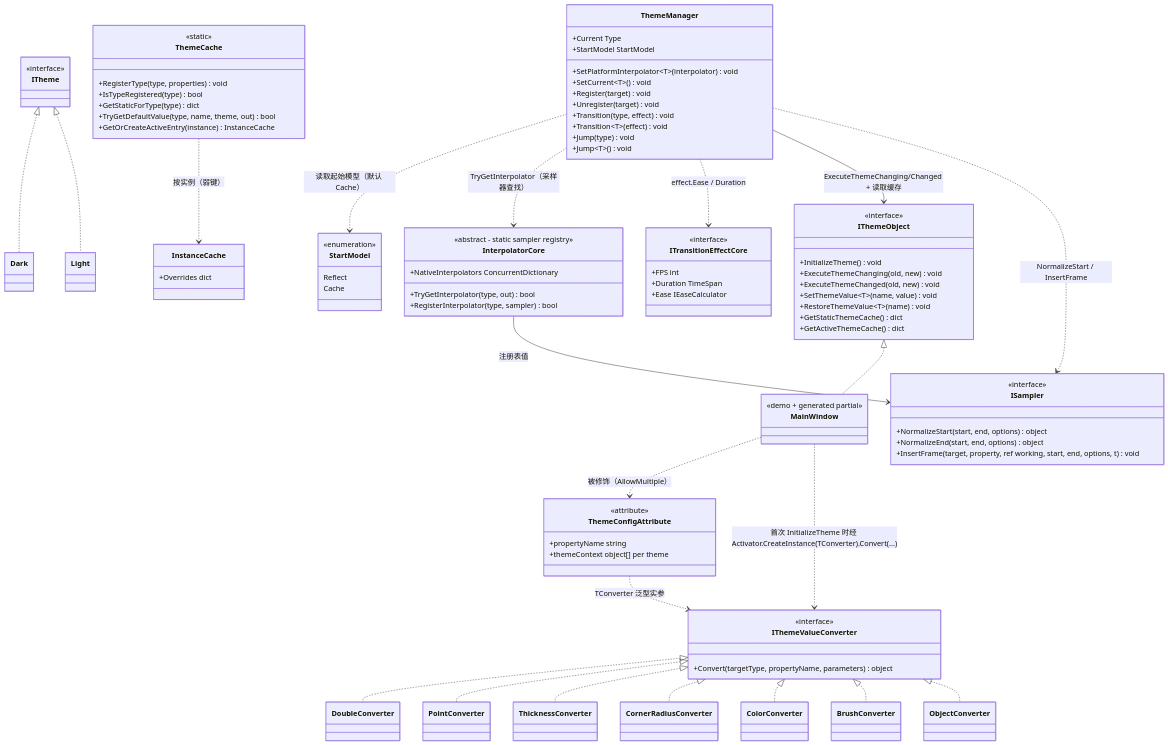
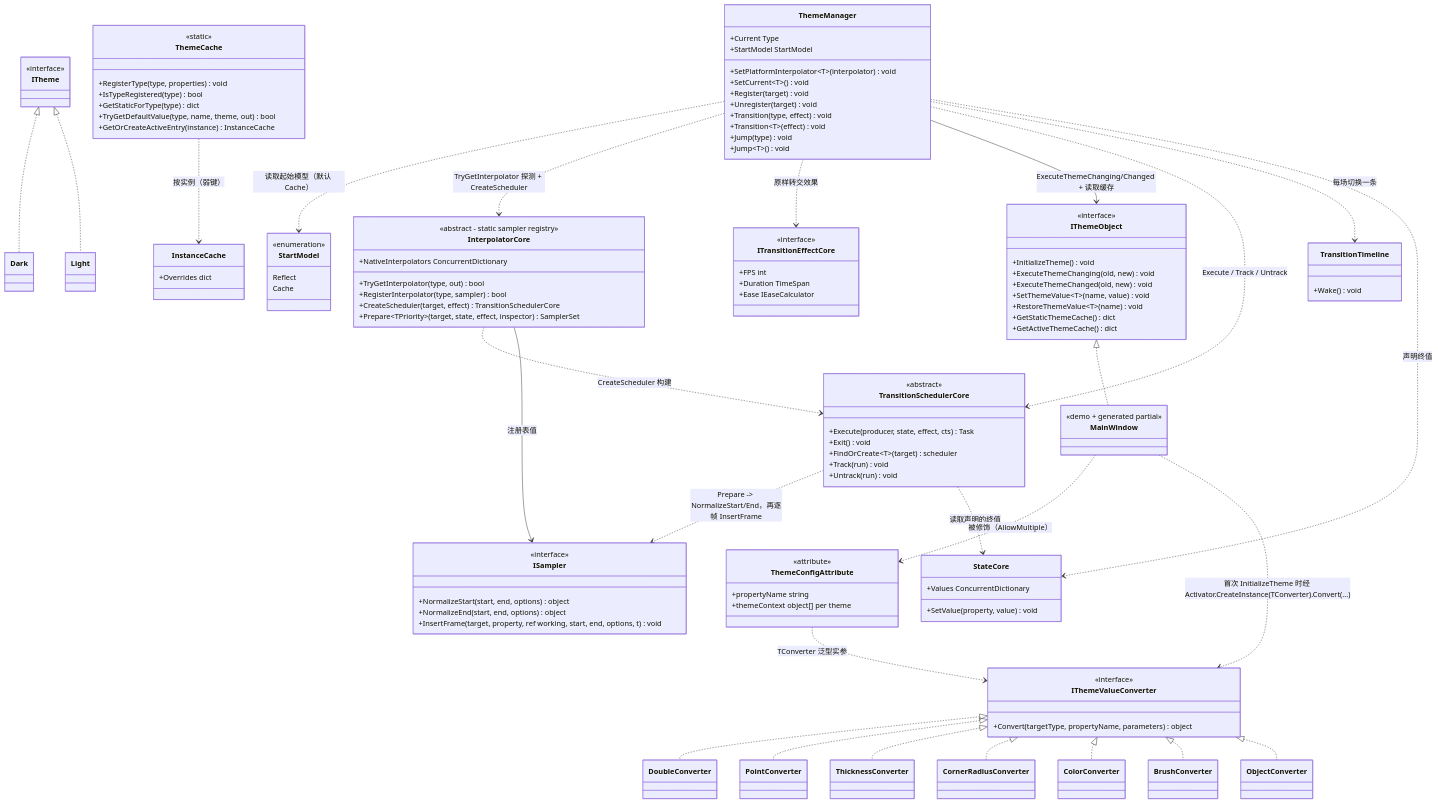
The diagram in src/CloudGlyph/Assets/Docs/content/zh/3_SE分析/02_设计模式分析/04_动态主题/index.md (Axvser/VeloxDev.Docs), drawn with Mermaid before and after one commit. The commit also changed other lines of this file and 63 other files, not shown here.

````diff
--- a/src/CloudGlyph/Assets/Docs/content/zh/3_SE分析/02_设计模式分析/04_动态主题/index.md
+++ b/src/CloudGlyph/Assets/Docs/content/zh/3_SE分析/02_设计模式分析/04_动态主题/index.md
@@ -73,6 +73,23 @@
         +NativeInterpolators ConcurrentDictionary
         +TryGetInterpolator(type, out) bool
         +RegisterInterpolator(type, sampler) bool
+        +CreateScheduler(target, effect) TransitionSchedulerCore
+        +Prepare~TPriority~(target, state, effect, inspector) SamplerSet
+    }
+    class TransitionSchedulerCore {
+        <<abstract>>
+        +Execute(producer, state, effect, cts) Task
+        +Exit() void
+        +FindOrCreate~T~(target) scheduler
+        +Track(run) void
+        +Untrack(run) void
+    }
+    class TransitionTimeline {
+        +Wake() void
+    }
+    class StateCore {
+        +Values ConcurrentDictionary
+        +SetValue(property, value) void
     }
     class ISampler {
         <<interface>>
@@ -90,9 +107,15 @@
     ITheme <|.. Dark
     ITheme <|.. Light
     ThemeManager ..> StartModel : 读取起始模型（默认 Cache）
-    ThemeManager ..> InterpolatorCore : TryGetInterpolator（采样器查找）
-    ThemeManager ..> ITransitionEffectCore : effect.Ease / Duration
+    ThemeManager ..> InterpolatorCore : TryGetInterpolator 探测 + CreateScheduler
+    ThemeManager ..> ITransitionEffectCore : 原样转交效果
     ThemeManager --> IThemeObject : ExecuteThemeChanging/Changed + 读取缓存
+    ThemeManager ..> TransitionSchedulerCore : Execute / Track / Untrack
+    ThemeManager ..> TransitionTimeline : 每场切换一条
+    ThemeManager ..> StateCore : 声明终值
+    InterpolatorCore ..> TransitionSchedulerCore : CreateScheduler 构建
+    TransitionSchedulerCore ..> ISampler : Prepare -> NormalizeStart/End，再逐帧 InsertFrame
+    TransitionSchedulerCore ..> StateCore : 读取声明的终值
     IThemeObject <|.. MainWindow
     MainWindow ..> ThemeConfigAttribute : 被修饰（AllowMultiple）
     ThemeConfigAttribute ..> IThemeValueConverter : TConverter 泛型实参
@@ -106,5 +129,4 @@
     IThemeValueConverter <|.. BrushConverter
     IThemeValueConverter <|.. ObjectConverter
     InterpolatorCore --> ISampler : 注册表值
-    ThemeManager ..> ISampler : NormalizeStart / InsertFrame
 ```
````
